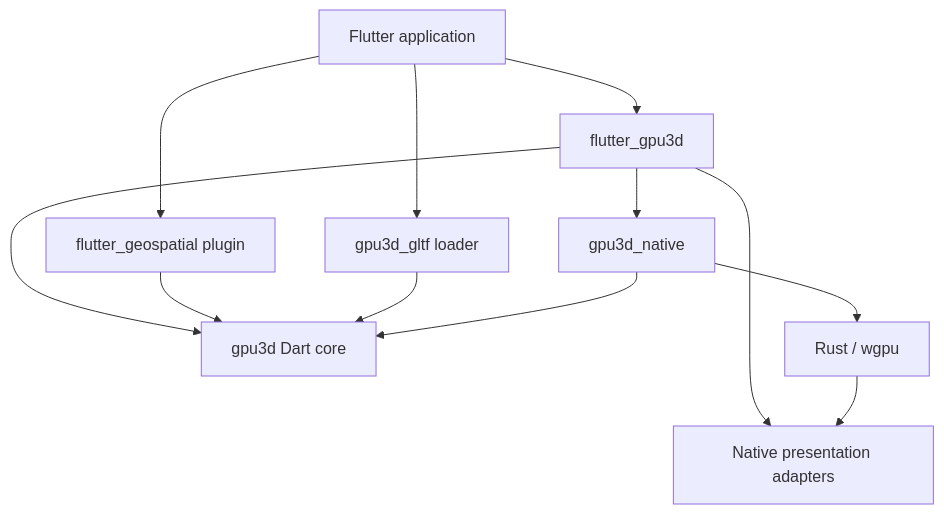
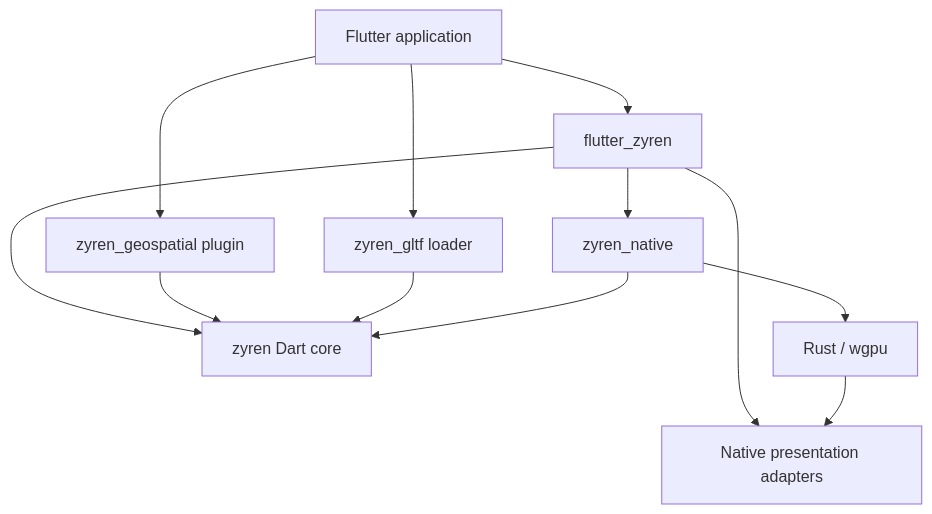
The diagram in docs/design/native-3d-api.md (xraph/zyren), drawn with Mermaid before and after one commit. The commit also changed other lines of this file and 446 other files, not shown here.

Commit message:
Rename native 3D packages to Zyren

````diff
--- a/docs/design/native-3d-api.md
+++ b/docs/design/native-3d-api.md
@@ -54,14 +54,14 @@
 ```mermaid
 flowchart TD
-  App[Flutter application] --> View[flutter_gpu3d]
-  App --> Geo[flutter_geospatial plugin]
-  App --> Gltf[gpu3d_gltf loader]
-  View --> Core[gpu3d Dart core]
-  View --> Native[gpu3d_native]
+  App[Flutter application] --> View[flutter_zyren]
+  App --> Geo[zyren_geospatial plugin]
+  App --> Gltf[zyren_gltf loader]
+  View --> Core[zyren Dart core]
+  View --> Native[zyren_native]
   Geo --> Core
   Gltf --> Core
   Native --> Core
   Native --> Rust[Rust / wgpu]
   View --> Present[Native presentation adapters]
   Rust --> Present
 ```
````
